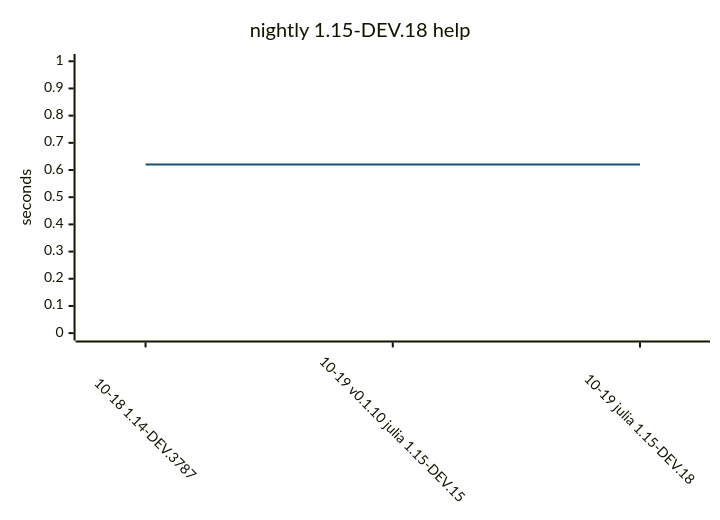
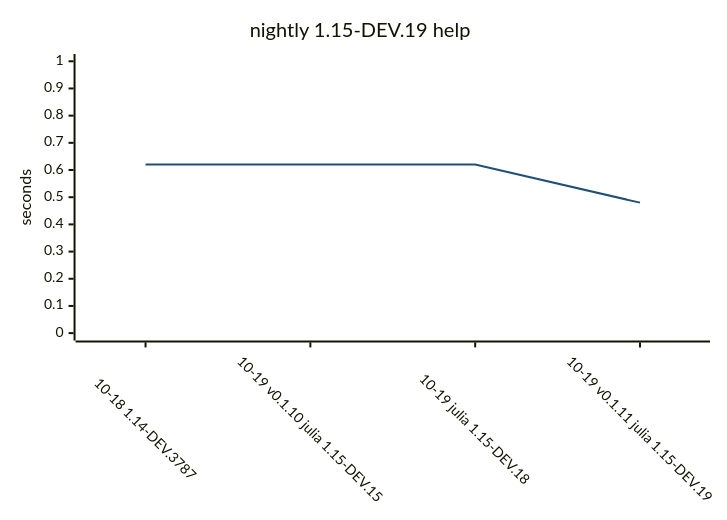
Before and after one commit to yamanori99/DistSSHRun.jl: the seventh of 9 diagrams in README.md, drawn with Mermaid. The commit also changed other lines of this file and 1 other file, not shown here.

Commit message:
Record compile bench for nightly.

````diff
--- a/README.md
+++ b/README.md
@@ -238,17 +239,17 @@
 ```mermaid
 ---
 config:
   theme: base
   themeVariables:
     xyChart:
       plotColorPalette: "#1f4e79"
   xyChart:
     xAxis:
       labelRotation: 45
 ---
 xychart-beta
-    title "nightly 1.15-DEV.18 help"
-    x-axis ["10-18 1.14-DEV.3787", "10-19 v0.1.10 julia 1.15-DEV.15", "10-19 julia 1.15-DEV.18"]
+    title "nightly 1.15-DEV.19 help"
+    x-axis ["10-18 1.14-DEV.3787", "10-19 v0.1.10 julia 1.15-DEV.15", "10-19 julia 1.15-DEV.18", "10-19 v0.1.11 julia 1.15-DEV.19"]
     y-axis "seconds" 0 --> 1
-    line [0.62, 0.62, 0.62]
+    line [0.62, 0.62, 0.62, 0.48]
 ```
````
